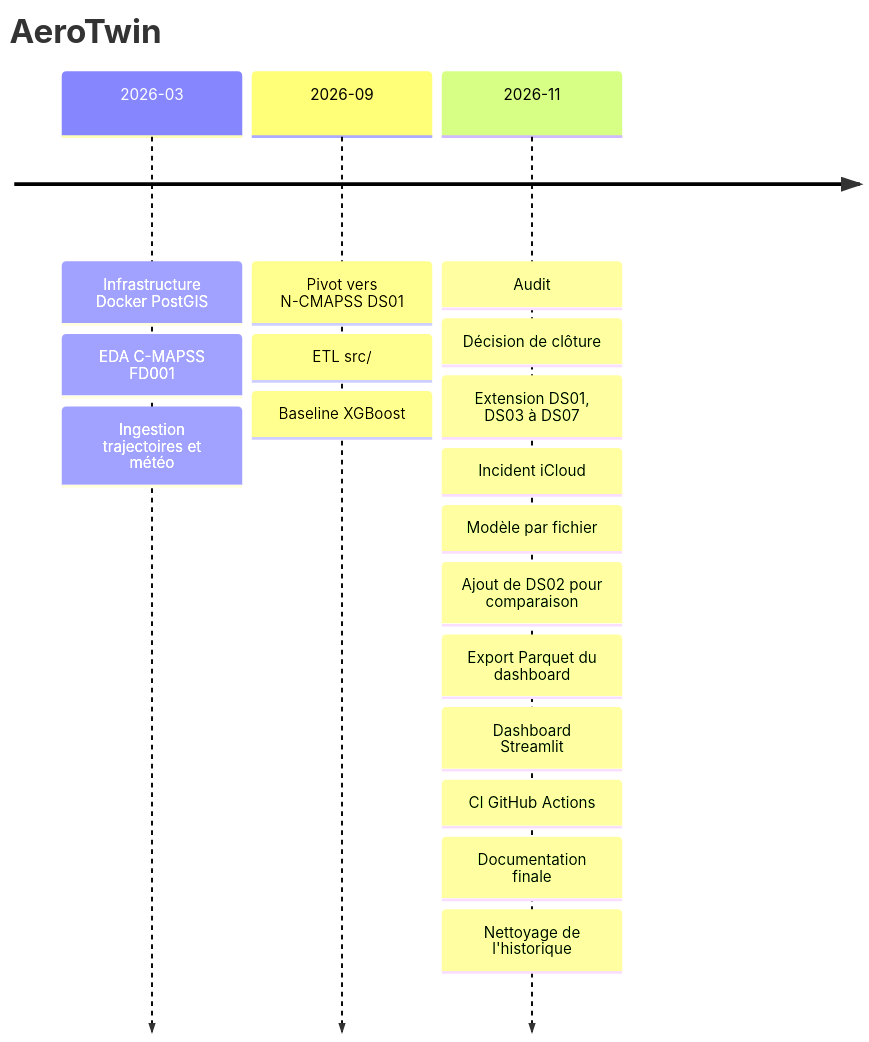
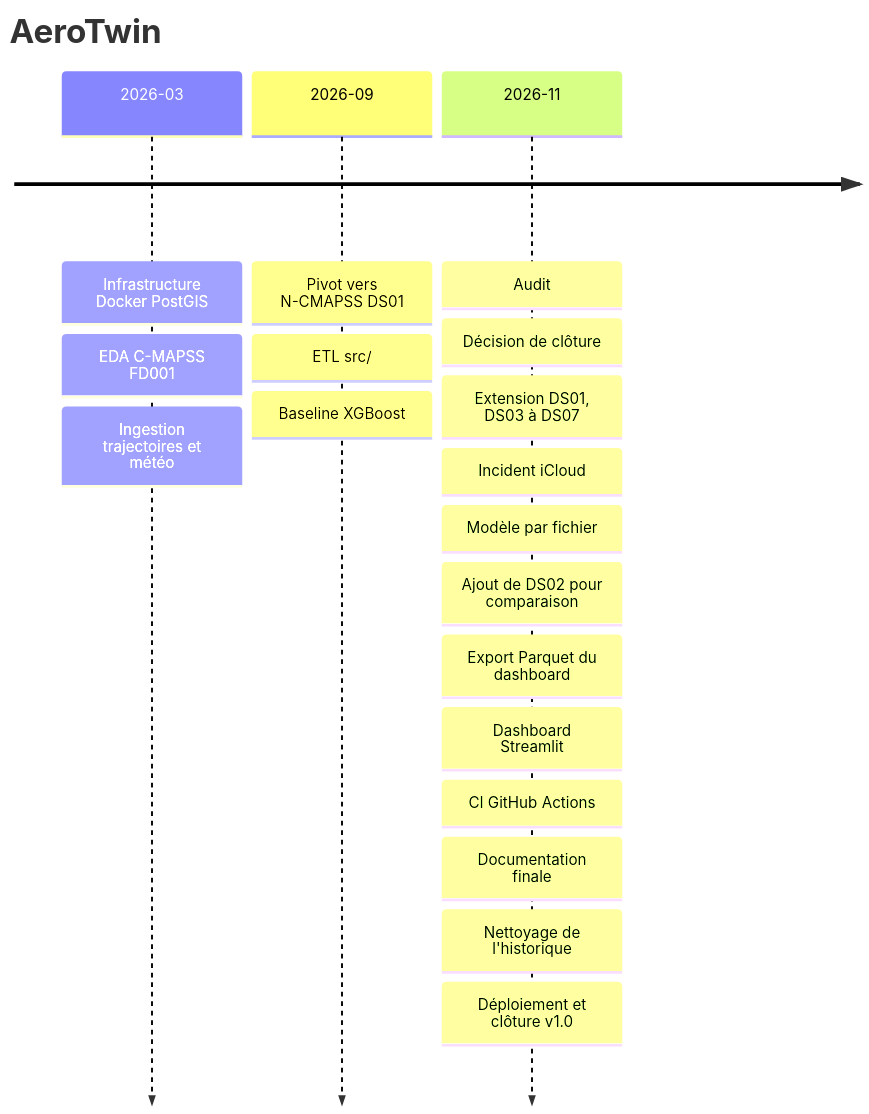
One commit to Willthethreat8/aerotwin changed the diagram in README.md. Above: the diagram before and after it, drawn with Mermaid. The commit also changed 2 other files, not shown here.

Commit message:
Passe le CHANGELOG en 1.0.0 et clôture la chronologie

````diff
--- a/README.md
+++ b/README.md
@@ -99,7 +99,7 @@
 ```mermaid
 timeline
     title AeroTwin
     2026-03 : Infrastructure Docker PostGIS : EDA C-MAPSS FD001 : Ingestion trajectoires et météo
     2026-09 : Pivot vers N-CMAPSS DS01 : ETL src/ : Baseline XGBoost
-    2026-11 : Audit : Décision de clôture : Extension DS01, DS03 à DS07 : Incident iCloud : Modèle par fichier : Ajout de DS02 pour comparaison : Export Parquet du dashboard : Dashboard Streamlit : CI GitHub Actions : Documentation finale : Nettoyage de l'historique
+    2026-11 : Audit : Décision de clôture : Extension DS01, DS03 à DS07 : Incident iCloud : Modèle par fichier : Ajout de DS02 pour comparaison : Export Parquet du dashboard : Dashboard Streamlit : CI GitHub Actions : Documentation finale : Nettoyage de l'historique : Déploiement et clôture v1.0
 ```
````
